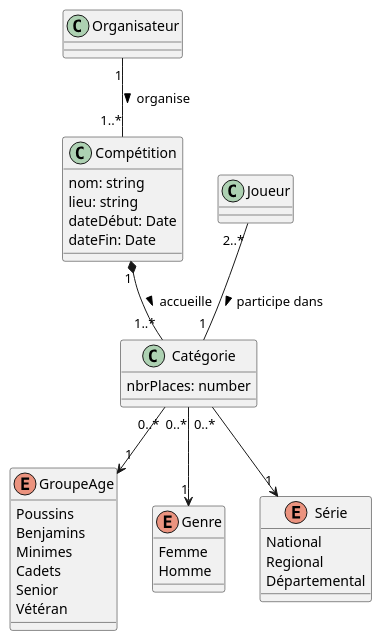
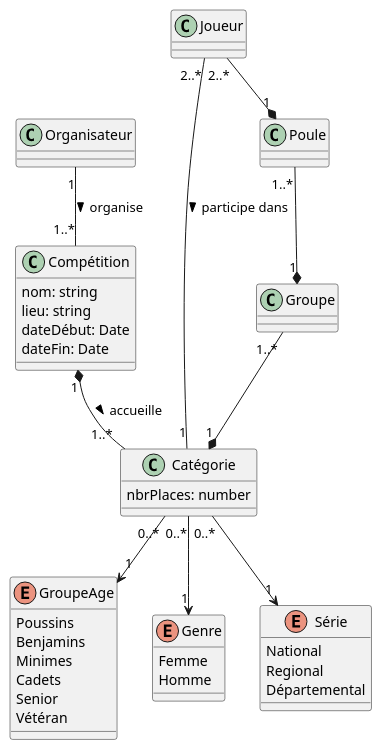
One commit to sebcourtois/cda-exos-uml-diagrams changed the diagram in class_diagrams/13_tournois.puml. Above: the diagram before and after it, drawn with PlantUML.

Commit message:
wip: 13_tournois

```diff
--- a/class_diagrams/13_tournois.puml
+++ b/class_diagrams/13_tournois.puml
@@ -34,40 +34,45 @@
 @startuml
 enum GroupeAge {
     Poussins
     Benjamins
     Minimes
     Cadets
     Senior
     Vétéran
 }
 enum Genre {
     Femme
     Homme
 }
 enum Série {
     National
     Regional
     Départemental
 }
 class Organisateur {
 }
 class Compétition {
     nom: string
     lieu: string
     dateDébut: Date
     dateFin: Date
 }
 class Catégorie {
     nbrPlaces: number
 }
 
 class Joueur
+class Poule
+class Groupe
 
 Organisateur "1" -- "1..*" Compétition: organise >
 Compétition "1" *-- "1..*" Catégorie: accueille >
 Catégorie "0..*" --> "1" GroupeAge
 Catégorie "0..*" --> "1" Genre
 Catégorie "0..*" --> "1" Série
 Joueur "2..*" -- "1" Catégorie: participe dans >
+Joueur "2..*" --* "1" Poule
+Poule "1..*" --* "1" Groupe
+Groupe "1..*" --* "1" Catégorie
 
 @enduml
```
